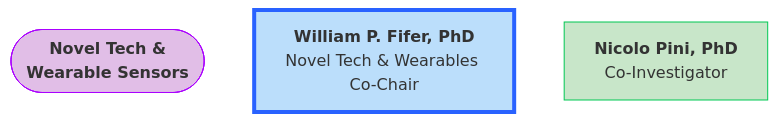
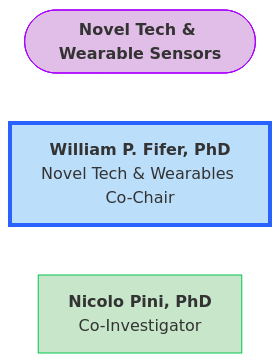
Before and after one commit to DCAN-Labs/hbcd-docs-internal: the third of 3 diagrams in docs/orgcharts.md, drawn with Mermaid.

````diff
--- a/docs/orgcharts.md
+++ b/docs/orgcharts.md
@@ -907,10 +907,10 @@
 ```mermaid
-flowchart TB
-    A(["<b>Novel Tech &amp;<br>Wearable Sensors</b>"])
+flowchart LR
+    A(["<b>Novel Tech &amp; Wearable Sensors</b>"])
     B["<b>William P. Fifer, PhD</b><br>Novel Tech & Wearables Co-Chair"]
     C["<b>Nicolo Pini, PhD</b><br>Co-Investigator"]
 
     style A fill:#E1BEE7,stroke:#AA00FF
     style B fill:#BBDEFB,stroke:#2962FF,stroke-width:4px
     style C fill:#C8E6C9,stroke:#00C853
 ```
````
